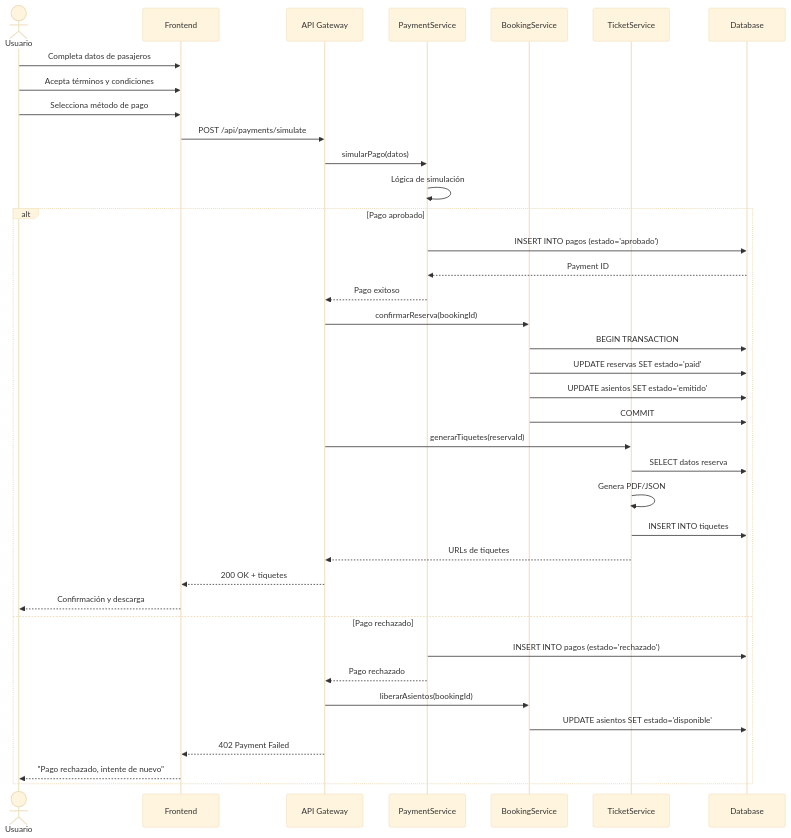
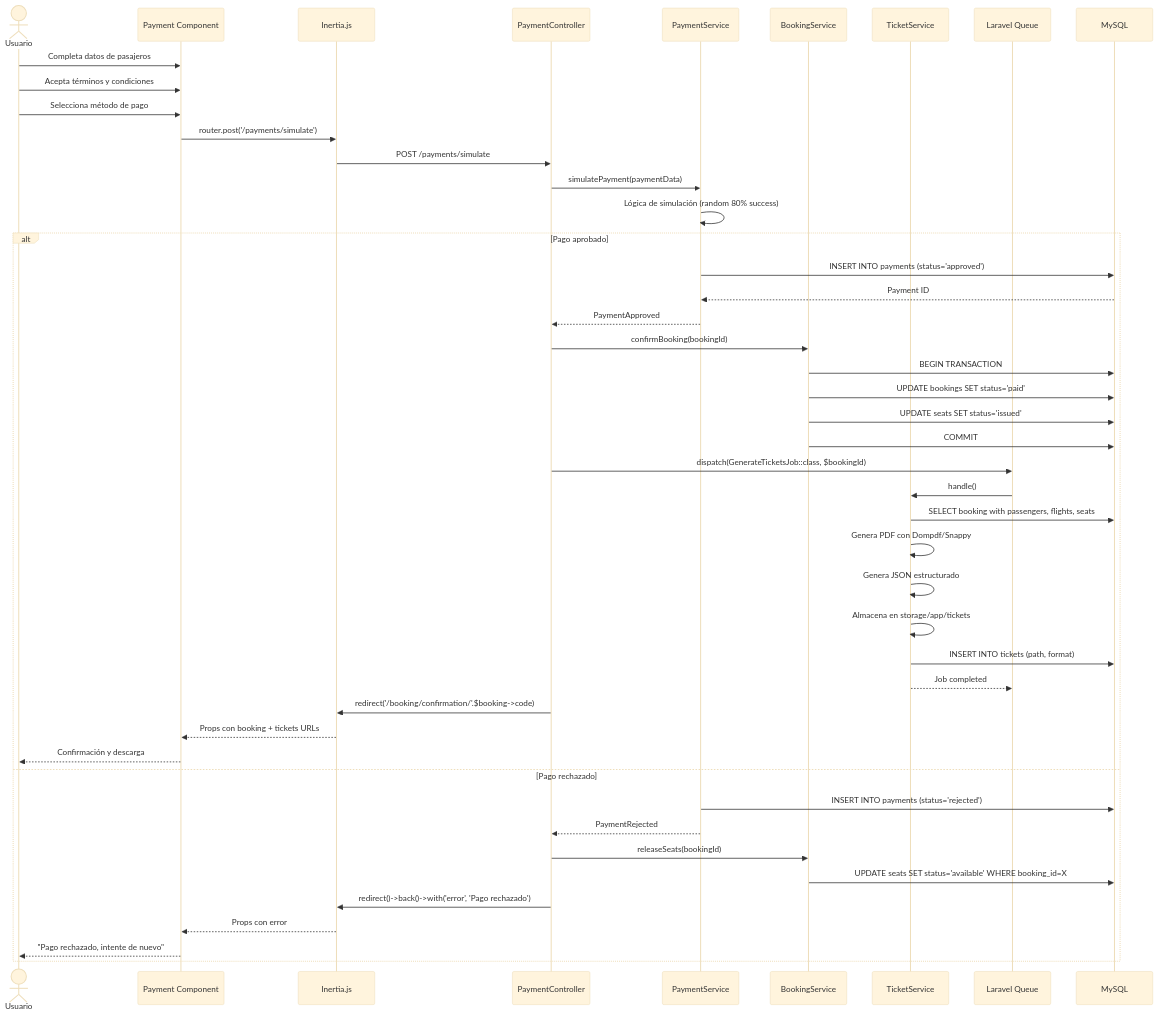
The fourth of 5 diagrams in doc/arquitectura_diagrama.md (cristoferscalante/sena_soft_2025), drawn with Mermaid (base theme) before and after one commit. The commit also changed other lines of this file, not shown here.

Commit message:
diseño base de datos

````diff
--- a/doc/arquitectura_diagrama.md
+++ b/doc/arquitectura_diagrama.md
@@ -242,47 +422,55 @@
 ```mermaid
 sequenceDiagram
     actor User as Usuario
-    participant UI as Frontend
-    participant API as API Gateway
+    participant React as Payment Component
+    participant Inertia as Inertia.js
+    participant Laravel as PaymentController
     participant PS as PaymentService
     participant BS as BookingService
     participant TS as TicketService
-    participant DB as Database
+    participant Queue as Laravel Queue
+    participant DB as MySQL
     
-    User->>UI: Completa datos de pasajeros
-    User->>UI: Acepta términos y condiciones
-    User->>UI: Selecciona método de pago
-    UI->>API: POST /api/payments/simulate
+    User->>React: Completa datos de pasajeros
+    User->>React: Acepta términos y condiciones
+    User->>React: Selecciona método de pago
+    React->>Inertia: router.post('/payments/simulate')
+    Inertia->>Laravel: POST /payments/simulate
     
-    API->>PS: simularPago(datos)
-    PS->>PS: Lógica de simulación
+    Laravel->>PS: simulatePayment(paymentData)
+    PS->>PS: Lógica de simulación (random 80% success)
     
     alt Pago aprobado
-        PS->>DB: INSERT INTO pagos (estado='aprobado')
+        PS->>DB: INSERT INTO payments (status='approved')
         DB-->>PS: Payment ID
-        PS-->>API: Pago exitoso
+        PS-->>Laravel: PaymentApproved
         
-        API->>BS: confirmarReserva(bookingId)
+        Laravel->>BS: confirmBooking(bookingId)
         BS->>DB: BEGIN TRANSACTION
-        BS->>DB: UPDATE reservas SET estado='paid'
-        BS->>DB: UPDATE asientos SET estado='emitido'
+        BS->>DB: UPDATE bookings SET status='paid'
+        BS->>DB: UPDATE seats SET status='issued'
         BS->>DB: COMMIT
         
-        API->>TS: generarTiquetes(reservaId)
-        TS->>DB: SELECT datos reserva
-        TS->>TS: Genera PDF/JSON
-        TS->>DB: INSERT INTO tiquetes
-        TS-->>API: URLs de tiquetes
+        Laravel->>Queue: dispatch(GenerateTicketsJob::class, $bookingId)
+        Queue->>TS: handle()
+        TS->>DB: SELECT booking with passengers, flights, seats
+        TS->>TS: Genera PDF con Dompdf/Snappy
+        TS->>TS: Genera JSON estructurado
+        TS->>TS: Almacena en storage/app/tickets
+        TS->>DB: INSERT INTO tickets (path, format)
+        TS-->>Queue: Job completed
         
-        API-->>UI: 200 OK + tiquetes
-        UI-->>User: Confirmación y descarga
+        Laravel->>Inertia: redirect('/booking/confirmation/'.$booking->code)
+        Inertia-->>React: Props con booking + tickets URLs
+        React-->>User: Confirmación y descarga
         
     else Pago rechazado
-        PS->>DB: INSERT INTO pagos (estado='rechazado')
-        PS-->>API: Pago rechazado
-        API->>BS: liberarAsientos(bookingId)
-        BS->>DB: UPDATE asientos SET estado='disponible'
-        API-->>UI: 402 Payment Failed
-        UI-->>User: "Pago rechazado, intente de nuevo"
+        PS->>DB: INSERT INTO payments (status='rejected')
+        PS-->>Laravel: PaymentRejected
+        Laravel->>BS: releaseSeats(bookingId)
+        BS->>DB: UPDATE seats SET status='available' WHERE booking_id=X
+        Laravel->>Inertia: redirect()->back()->with('error', 'Pago rechazado')
+        Inertia-->>React: Props con error
+        React-->>User: "Pago rechazado, intente de nuevo"
     end
 ```
````
